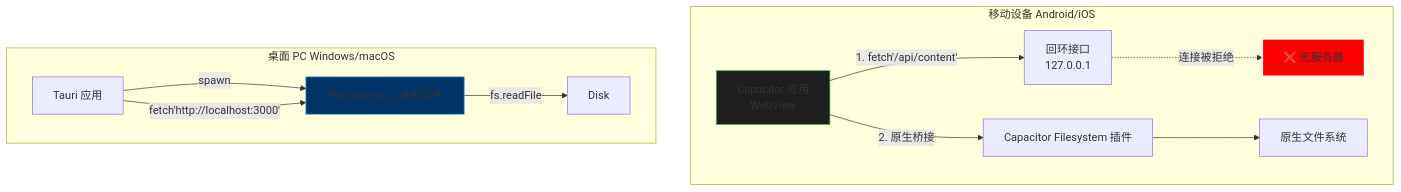
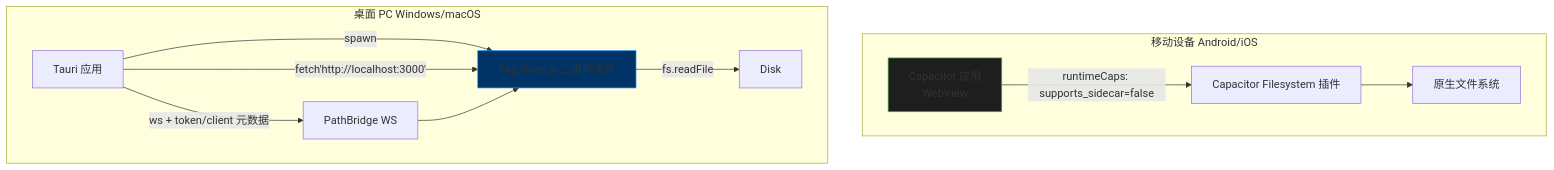
The diagram in docs/zh/fixrisk_TODO.md (Jacobinwwey/NoteConnection), drawn with Mermaid before and after one commit. The commit also changed other lines of this file and 64 other files, not shown here.

````diff
--- a/docs/zh/fixrisk_TODO.md
+++ b/docs/zh/fixrisk_TODO.md
@@ -23,26 +688,26 @@
 ```mermaid
 flowchart TD
     subgraph Mobile_Device [移动设备 Android/iOS]
         App[Capacitor 应用\nWebView]
         FS_Native[原生文件系统]
-        
-        App -- "1. fetch'/api/content'" --> LocalNet[回环接口\n127.0.0.1]
-        LocalNet -.->|连接被拒绝| Void[❌ 无服务器]
-        
-        App -- "2. 原生桥接" --> Plugin[Capacitor Filesystem 插件]
+        Plugin[Capacitor Filesystem 插件]
+
+        App -- "runtimeCaps: supports_sidecar=false" --> Plugin
         Plugin --> FS_Native
     end
     
     subgraph Desktop_PC [桌面 PC Windows/macOS]
         Tauri[Tauri 应用]
         Sidecar[Pkg Node.js 二进制文件]
+        Bridge[PathBridge WS]
         
         Tauri -- "spawn" --> Sidecar
         Tauri -- "fetch'http://localhost:3000'" --> Sidecar
+        Tauri -- "ws + token/client 元数据" --> Bridge
+        Bridge --> Sidecar
         Sidecar -- "fs.readFile" --> Disk
     end
     
-    style Void fill:#ff0000,stroke:#fff,stroke-width:2px
     style App fill:#1e1e1e,stroke:#4caf50
     style Sidecar fill:#003366,stroke:#2196f3
 ```
````
